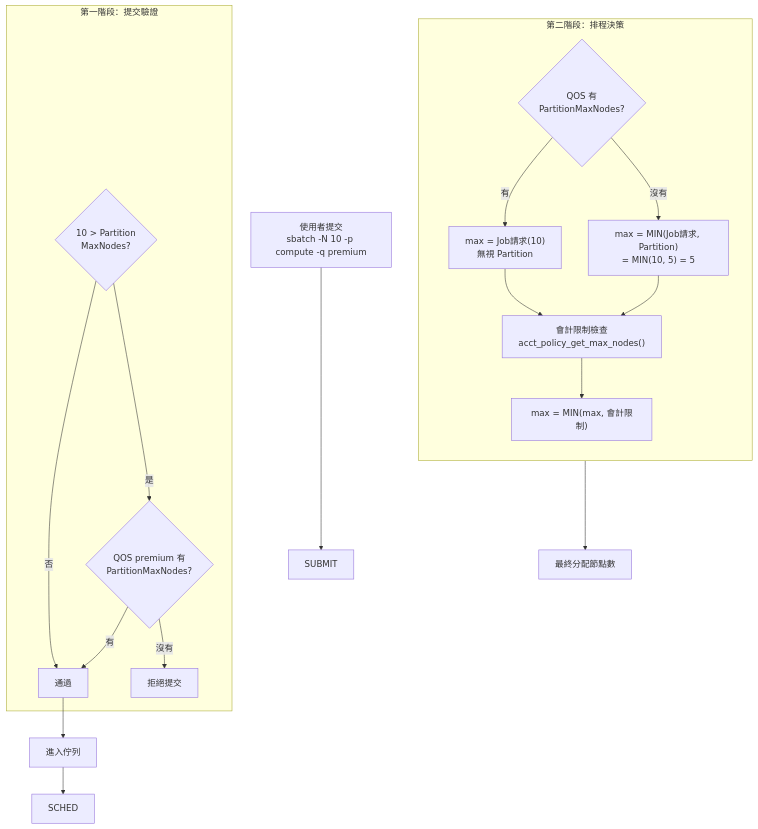
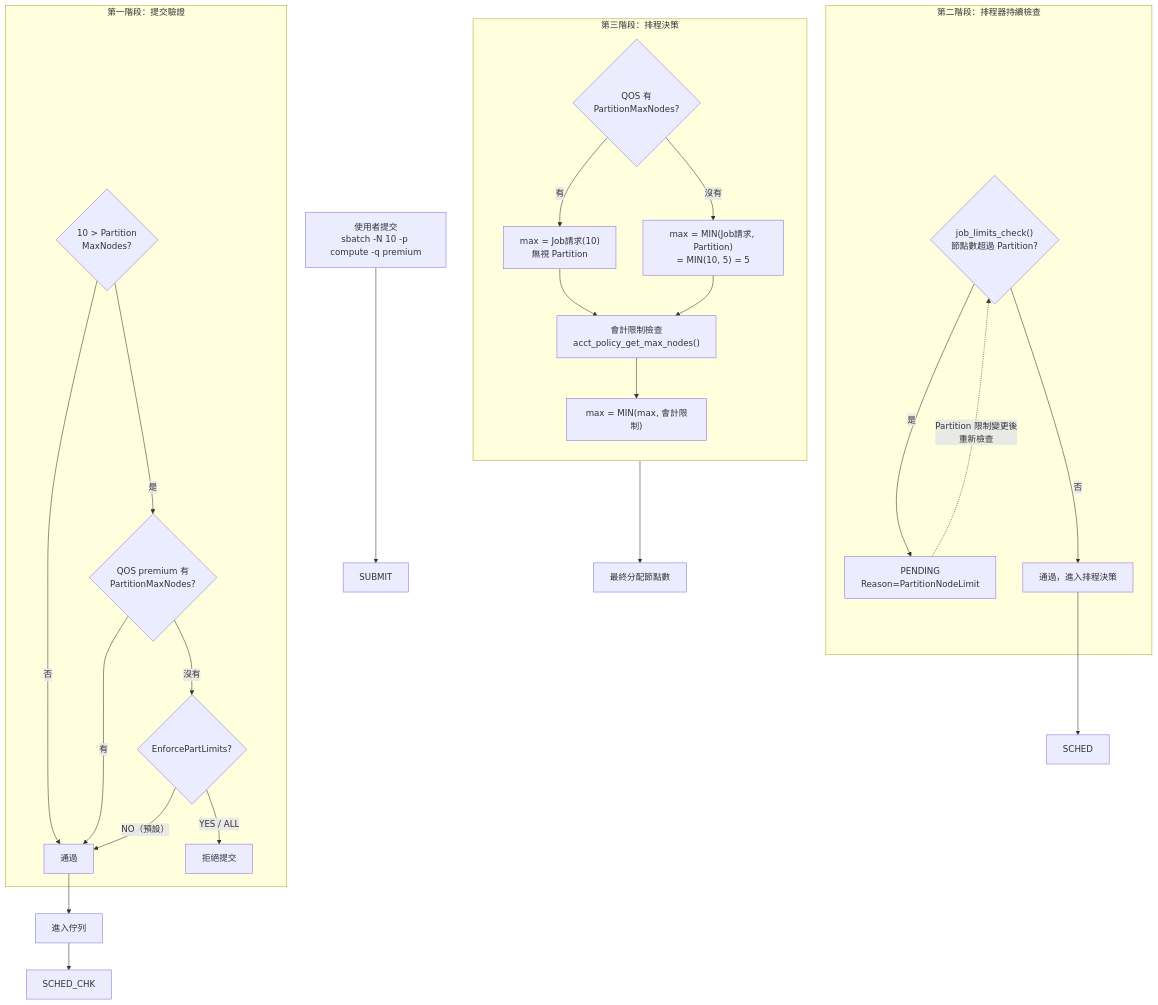
One commit to pichiu/slurm changed the sixth of 7 diagrams in _bmad-output/technical-reference/internals/slurm-qos-partition-node-limits.md. Above: the diagram before and after it, drawn with Mermaid. The commit also changed other lines of this file, not shown here.

First line of the commit message:
docs: fix incorrect submission rejection behavior in QOS-Partition doc

````diff
--- a/_bmad-output/technical-reference/internals/slurm-qos-partition-node-limits.md
+++ b/_bmad-output/technical-reference/internals/slurm-qos-partition-node-limits.md
@@ -229,30 +323,41 @@
 ```mermaid
 flowchart TD
     USER["使用者提交\nsbatch -N 10 -p compute -q premium"] --> SUBMIT
 
     subgraph submit_phase["第一階段：提交驗證"]
         S1{"10 > Partition\nMaxNodes?"}
         S1 -->|否| S_PASS["通過"]
         S1 -->|是| S2{"QOS premium 有\nPartitionMaxNodes?"}
         S2 -->|有| S_PASS
-        S2 -->|沒有| S_REJECT["拒絕提交"]
+        S2 -->|沒有| S3{"EnforcePartLimits?"}
+        S3 -->|"YES / ALL"| S_REJECT["拒絕提交"]
+        S3 -->|"NO（預設）"| S_PASS
     end
 
     S_PASS --> QUEUE["進入佇列"]
-    QUEUE --> SCHED
+    QUEUE --> SCHED_CHK
 
-    subgraph sched_phase["第二階段：排程決策"]
+    subgraph sched_check_phase["第二階段：排程器持續檢查"]
+        SC1{"job_limits_check()\n節點數超過 Partition?"}
+        SC1 -->|是| SC_PEND["PENDING\nReason=PartitionNodeLimit"]
+        SC1 -->|否| SC_PASS["通過，進入排程決策"]
+    end
+
+    SC_PASS --> SCHED
+
+    subgraph sched_phase["第三階段：排程決策"]
         direction TB
         G1{"QOS 有\nPartitionMaxNodes?"}
         G1 -->|有| G_OVERRIDE["max = Job請求(10)\n無視 Partition"]
         G1 -->|沒有| G_DEFAULT["max = MIN(Job請求, Partition)\n= MIN(10, 5) = 5"]
 
         G_OVERRIDE --> G_ACCT
         G_DEFAULT --> G_ACCT
 
         G_ACCT["會計限制檢查\nacct_policy_get_max_nodes()"]
         G_ACCT --> G_FINAL["max = MIN(max, 會計限制)"]
     end
 
     G_FINAL --> RESULT["最終分配節點數"]
+    SC_PEND -.->|"Partition 限制變更後\n重新檢查"| SC1
 ```
````
